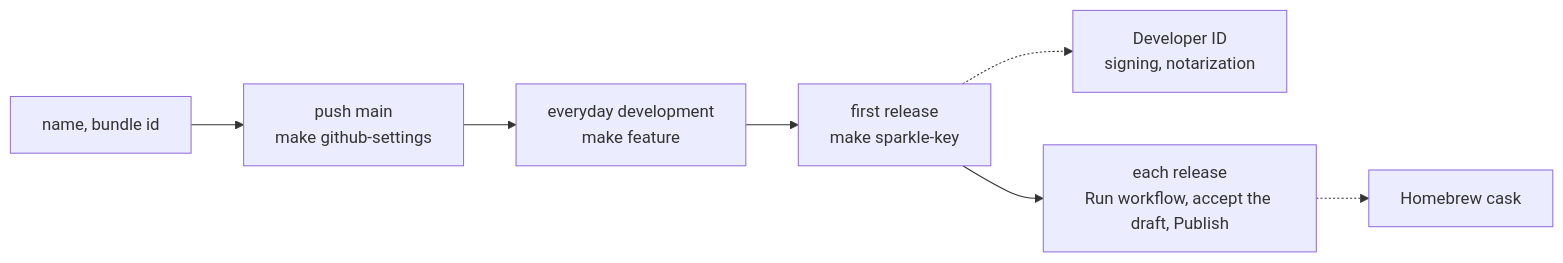
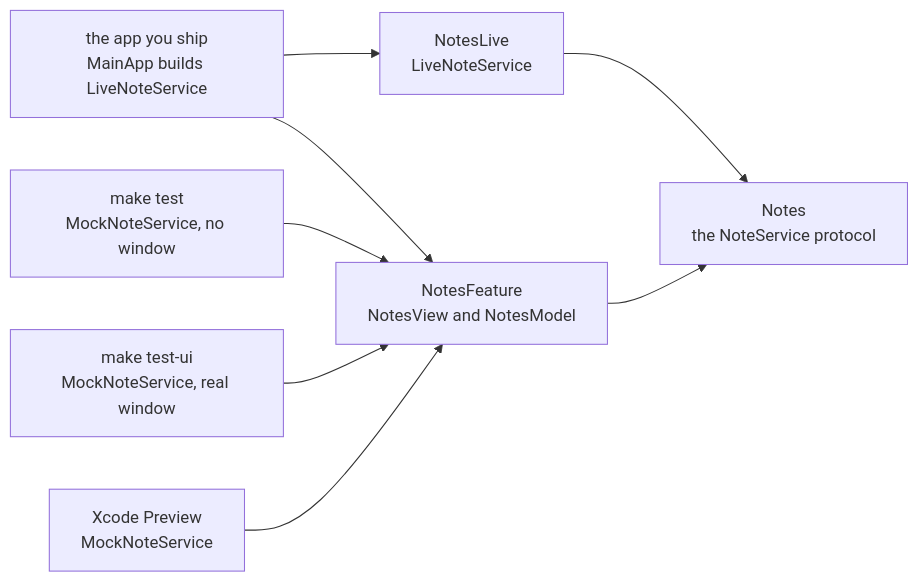
The second of 2 diagrams in README.md (chengzi-io/macos-swiftui-spm-template), drawn with Mermaid before and after one commit. The commit also changed other lines of this file and 9 other files, not shown here.

````diff
--- a/README.md
+++ b/README.md
@@ -60,9 +72,16 @@
 ```mermaid
 flowchart LR
-    project["name, bundle id"] --> repo["push main<br/>make github-settings"]
-    repo --> dev["everyday development<br/>make feature"]
-    dev --> first["first release<br/>make sparkle-key"]
-    first -.-> signing["Developer ID<br/>signing, notarization"]
-    first --> ship["each release<br/>Run workflow, accept the draft, Publish"]
-    ship -.-> brew["Homebrew cask"]
+    feature["NotesFeature<br/>NotesView and NotesModel"]
+    core["Notes<br/>the NoteService protocol"]
+    live["NotesLive<br/>LiveNoteService"]
+    app["the app you ship<br/>MainApp builds LiveNoteService"]
+    test["make test<br/>MockNoteService, no window"]
+    ui["make test-ui<br/>MockNoteService, real window"]
+    preview["Xcode Preview<br/>MockNoteService"]
+    app --> feature
+    test --> feature
+    ui --> feature
+    preview --> feature
+    app --> live --> core
+    feature --> core
 ```
````
